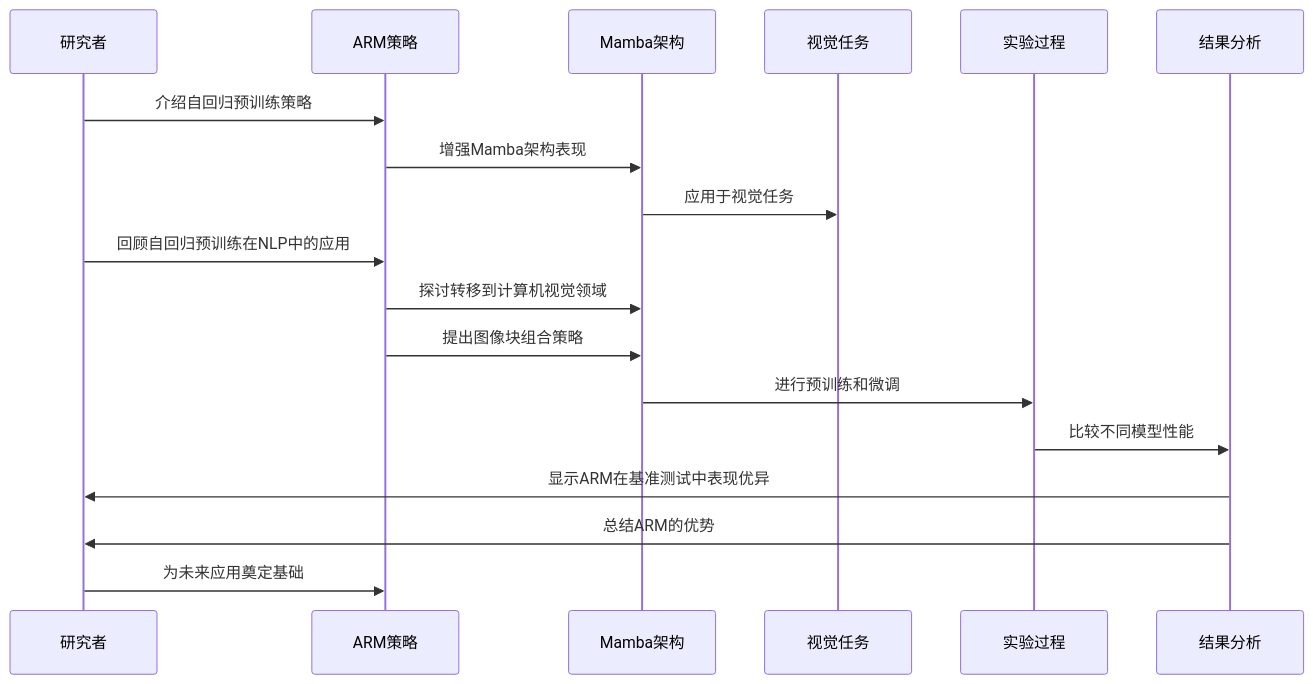
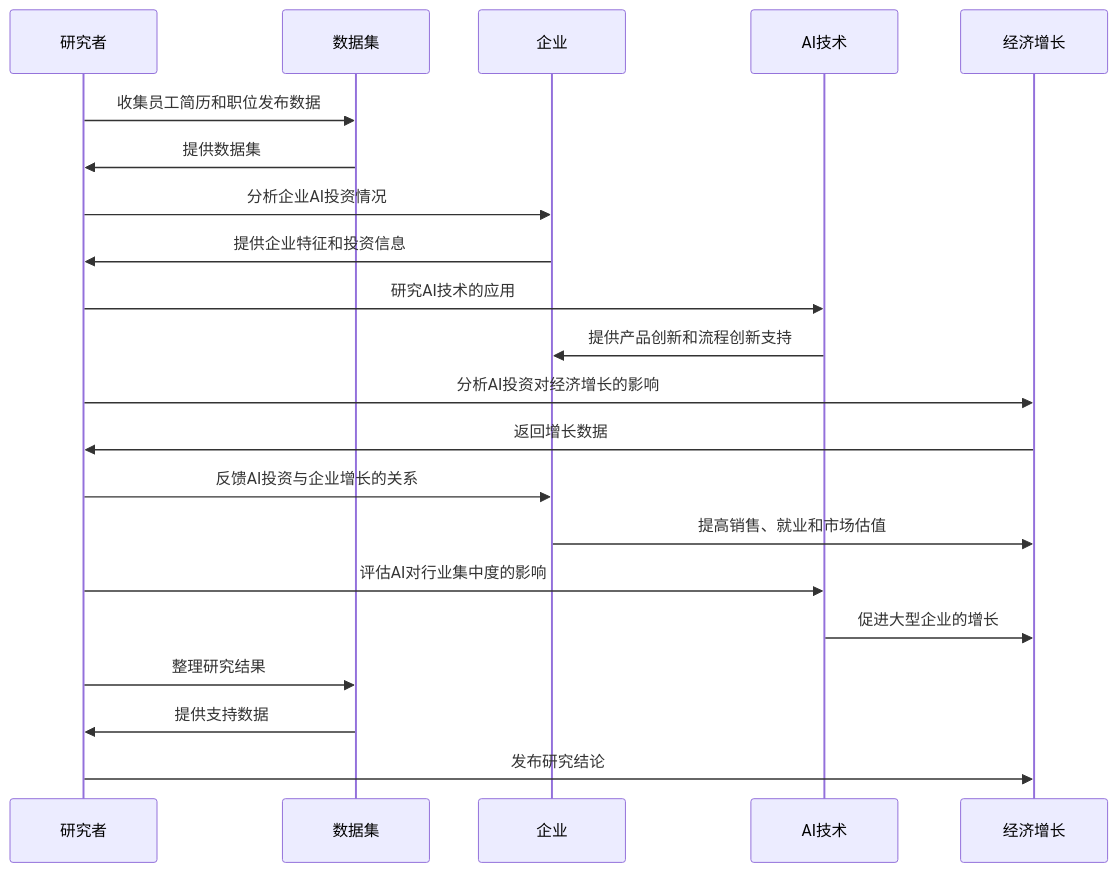
One commit to Fabreque/charles changed the seventh of 44 diagrams in AI技术类文章.md. Above: the diagram before and after it, drawn with Mermaid. The commit also changed other lines of this file and 6 other files, not shown here.

````diff
--- a/AI技术类文章.md
+++ b/AI技术类文章.md
@@ -337,21 +753,24 @@
 ```mermaid
 sequenceDiagram
     participant A as 研究者
-    participant B as ARM策略
-    participant C as Mamba架构
-    participant D as 视觉任务
-    participant E as 实验过程
-    participant F as 结果分析
+    participant B as 数据集
+    participant C as 企业
+    participant D as AI技术
+    participant E as 经济增长
 
-    A->>B: 介绍自回归预训练策略
-    B->>C: 增强Mamba架构表现
-    C->>D: 应用于视觉任务
-    A->>B: 回顾自回归预训练在NLP中的应用
-    B->>C: 探讨转移到计算机视觉领域
-    B->>C: 提出图像块组合策略
-    C->>E: 进行预训练和微调
-    E->>F: 比较不同模型性能
-    F->>A: 显示ARM在基准测试中表现优异
-    F->>A: 总结ARM的优势
-    A->>B: 为未来应用奠定基础
+    A->>B: 收集员工简历和职位发布数据
+    B->>A: 提供数据集
+    A->>C: 分析企业AI投资情况
+    C->>A: 提供企业特征和投资信息
+    A->>D: 研究AI技术的应用
+    D->>C: 提供产品创新和流程创新支持
+    A->>E: 分析AI投资对经济增长的影响
+    E->>A: 返回增长数据
+    A->>C: 反馈AI投资与企业增长的关系
+    C->>E: 提高销售、就业和市场估值
+    A->>D: 评估AI对行业集中度的影响
+    D->>E: 促进大型企业的增长
+    A->>B: 整理研究结果
+    B->>A: 提供支持数据
+    A->>E: 发布研究结论
 ```
````
